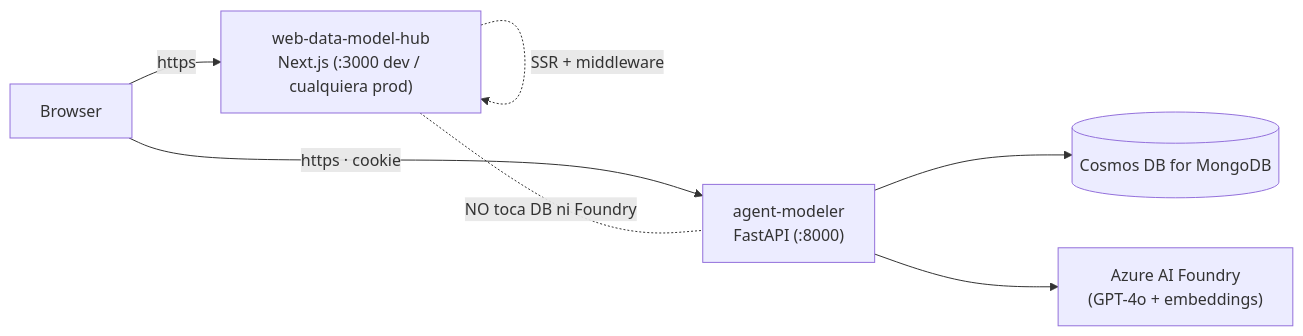
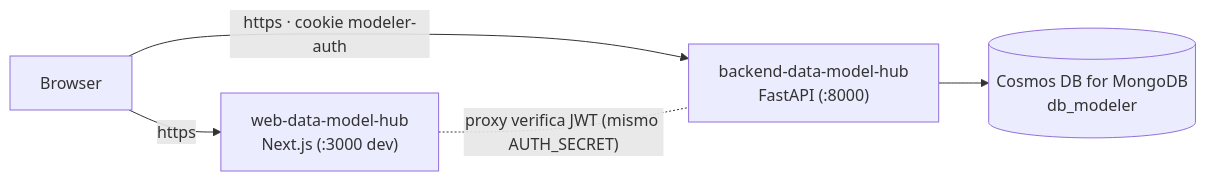
One commit to Carlosmps97/web-data-model-hub changed the diagram in doc/deployment.md. Above: the diagram before and after it, drawn with Mermaid. The commit also changed other lines of this file and 118 other files, not shown here.

````diff
--- a/doc/deployment.md
+++ b/doc/deployment.md
@@ -11,10 +12,7 @@
 ```mermaid
 flowchart LR
-    U["Browser"] -->|"https"| FE["web-data-model-hub<br/>Next.js (:3000 dev / cualquiera prod)"]
-    U -->|"https · cookie"| BE["agent-modeler<br/>FastAPI (:8000)"]
-    BE --> DB[("Cosmos DB for MongoDB")]
-    BE --> AI["Azure AI Foundry<br/>(GPT-4o + embeddings)"]
-
-    FE -. SSR + middleware .-> FE
-    FE -. NO toca DB ni Foundry .- BE
+    U["Browser"] -->|"https"| FE["web-data-model-hub<br/>Next.js (:3000 dev)"]
+    U -->|"https · cookie modeler-auth"| BE["backend-data-model-hub<br/>FastAPI (:8000)"]
+    BE --> DB[("Cosmos DB for MongoDB<br/>db_modeler")]
+    FE -. proxy verifica JWT (mismo AUTH_SECRET) .- BE
 ```
````
